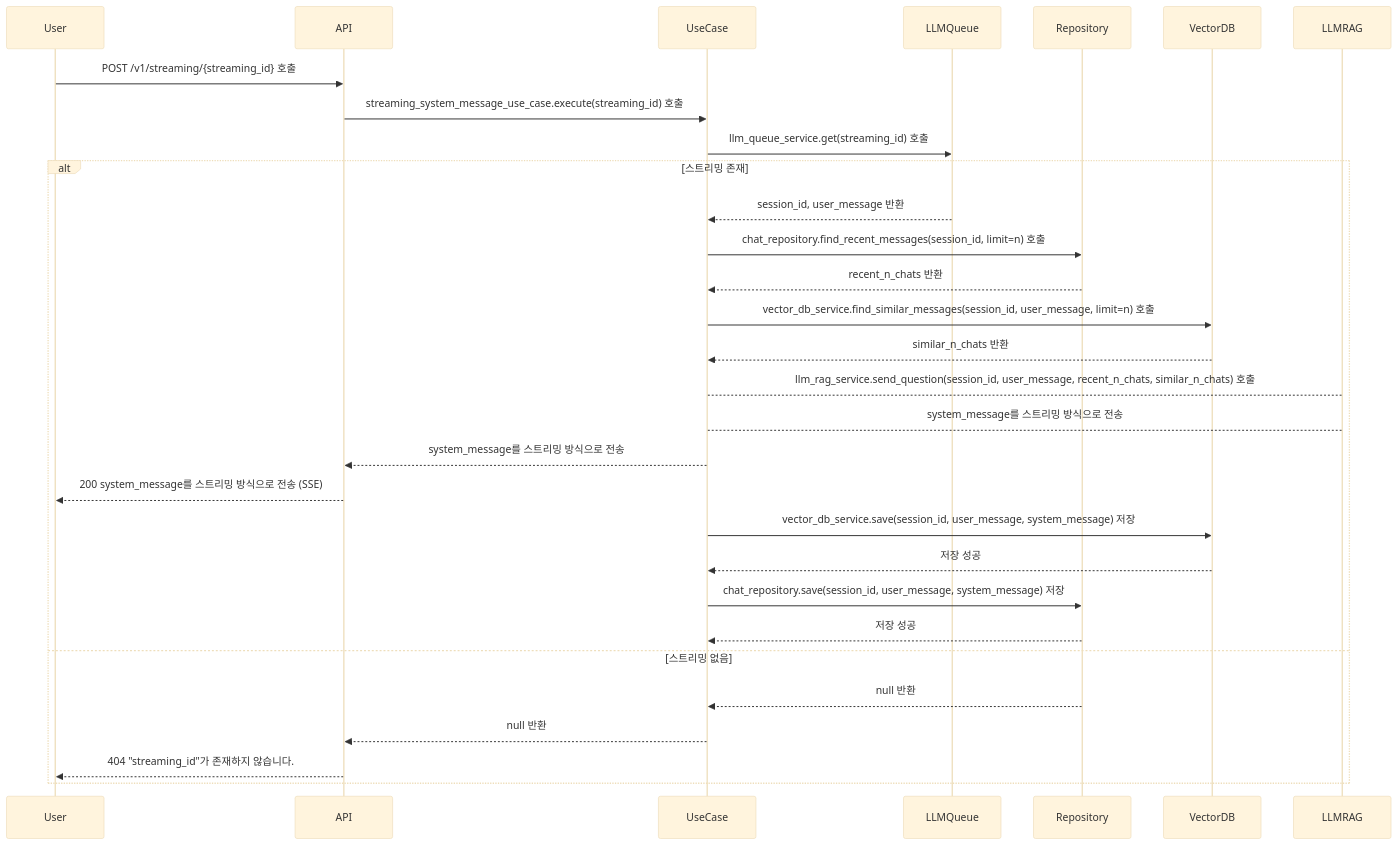
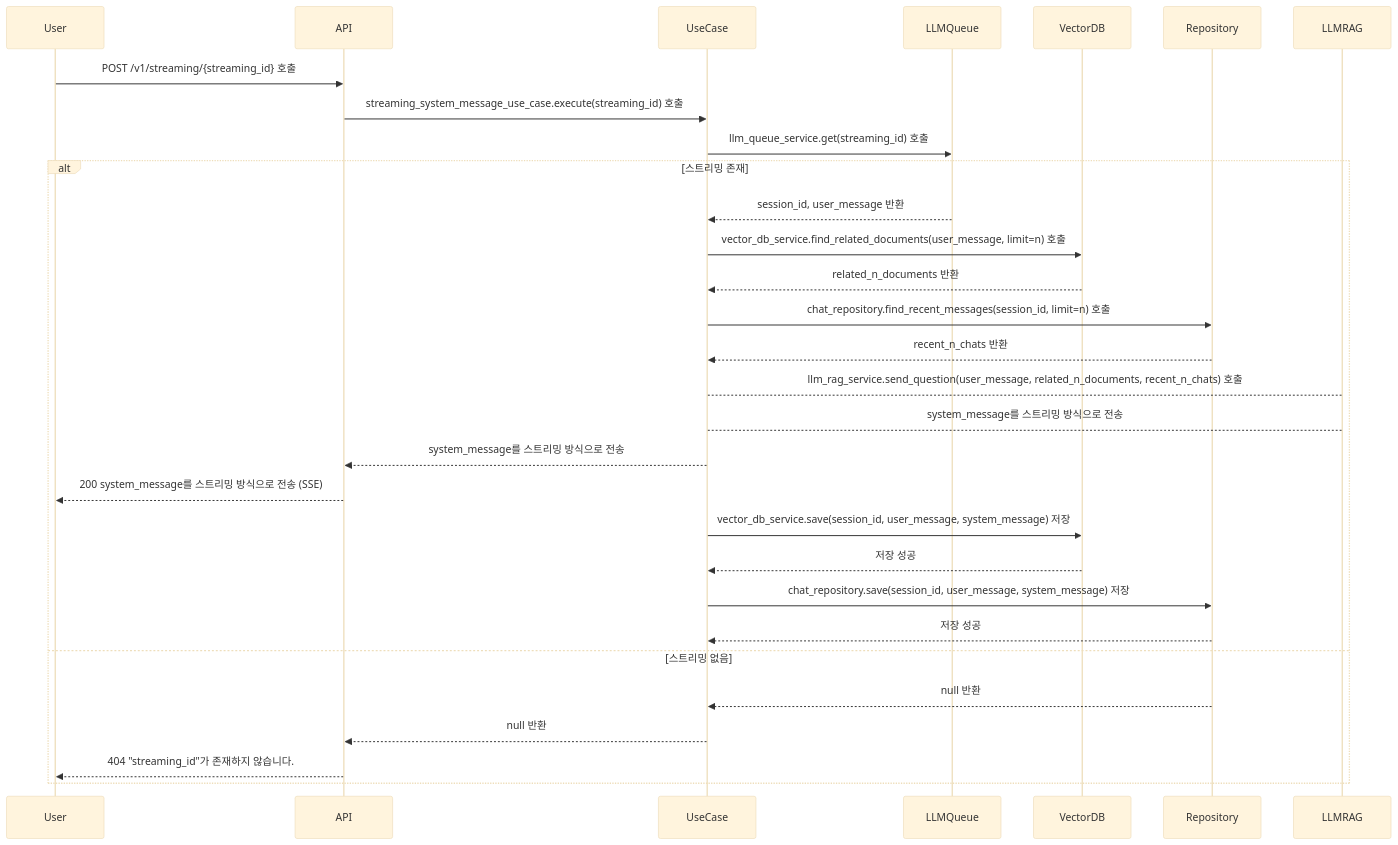
One commit to JeHwanYoo/naver-smart-store-rag-chatbot changed the fourth of 4 diagrams in README.md. Above: the diagram before and after it, drawn with Mermaid (base theme).

Commit message:
📝docs(README): RAG 관련 설계 추가

````diff
--- a/README.md
+++ b/README.md
@@ -240,25 +240,25 @@
 ```mermaid
 sequenceDiagram
     User ->> API: POST /v1/streaming/{streaming_id} 호출
     API ->> UseCase: streaming_system_message_use_case.execute(streaming_id) 호출
     UseCase ->> LLMQueue: llm_queue_service.get(streaming_id) 호출
     alt 스트리밍 존재
         LLMQueue -->> UseCase: session_id, user_message 반환
+        UseCase ->> VectorDB: vector_db_service.find_related_documents(user_message, limit=n) 호출
+        VectorDB -->> UseCase: related_n_documents 반환
         UseCase ->> Repository: chat_repository.find_recent_messages(session_id, limit=n) 호출
         Repository -->> UseCase: recent_n_chats 반환
-        UseCase ->> VectorDB: vector_db_service.find_similar_messages(session_id, user_message, limit=n) 호출
-        VectorDB -->> UseCase: similar_n_chats 반환
-        UseCase --> LLMRAG: llm_rag_service.send_question(session_id, user_message, recent_n_chats, similar_n_chats) 호출
+        UseCase --> LLMRAG: llm_rag_service.send_question(user_message, related_n_documents, recent_n_chats) 호출
         LLMRAG --> UseCase: system_message를 스트리밍 방식으로 전송
         UseCase -->> API: system_message를 스트리밍 방식으로 전송
         API -->> User: 200 system_message를 스트리밍 방식으로 전송 (SSE)
         UseCase ->> VectorDB: vector_db_service.save(session_id, user_message, system_message) 저장
         VectorDB -->> UseCase: 저장 성공
         UseCase ->> Repository: chat_repository.save(session_id, user_message, system_message) 저장
         Repository -->> UseCase: 저장 성공
     else 스트리밍 없음
         Repository -->> UseCase: null 반환
         UseCase -->> API: null 반환
         API -->> User: 404 "streaming_id"가 존재하지 않습니다.
     end
 ```
````
